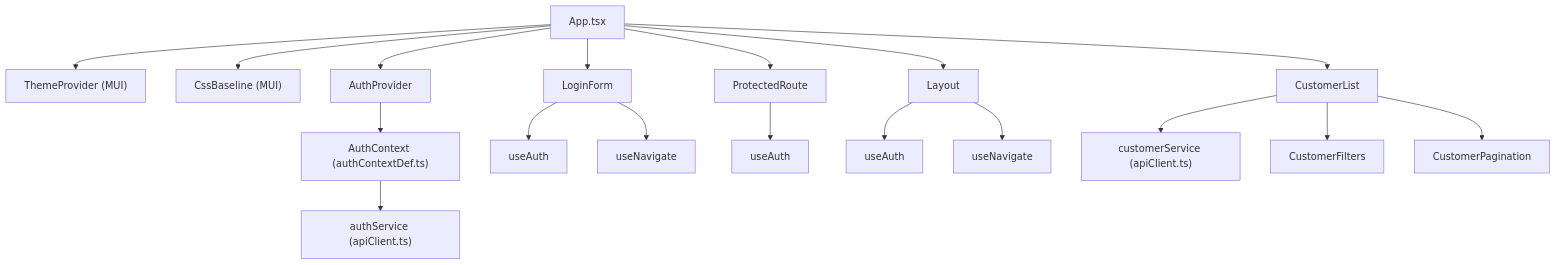
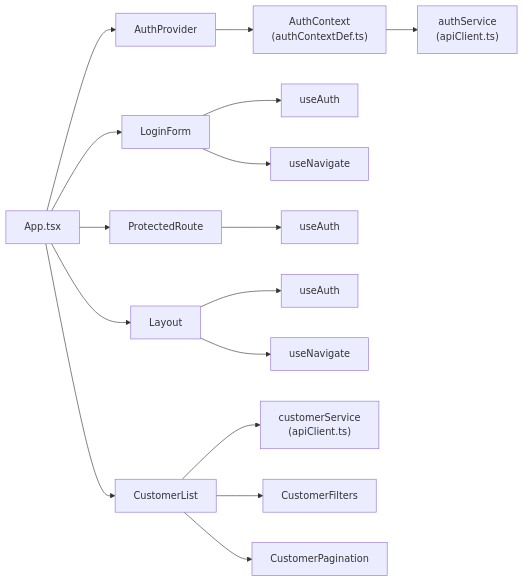
One commit to nyg1971/portfolio-office-management changed diagram 15 of 17 in docs/frontend_detailed_design.md. Above: the diagram before and after it, drawn with Mermaid.

Commit message:
#13 write docs frontend コンポーネント相関図の修正

````diff
--- a/docs/frontend_detailed_design.md
+++ b/docs/frontend_detailed_design.md
@@ -704,24 +704,26 @@
 ```mermaid
-graph TD
-    App["App.tsx"] --> TP["ThemeProvider (MUI)"]
-    App --> CB["CssBaseline (MUI)"]
+graph LR
+
+    App["App.tsx"]
+
     App --> AP["AuthProvider"]
-    AP --> AC["AuthContext (authContextDef.ts)"]
-    AC --> AS["authService (apiClient.ts)"]
+    App --> LF["LoginForm"]
+    App --> PR["ProtectedRoute"]
+    App --> LO["Layout"]
+    App --> CL["CustomerList"]
 
-    App --> LF["LoginForm"]
+    AP --> AC["AuthContext\n(authContextDef.ts)"]
+    AC --> AS["authService\n(apiClient.ts)"]
+
     LF --> UA1["useAuth"]
     LF --> UN1["useNavigate"]
 
-    App --> PR["ProtectedRoute"]
     PR --> UA2["useAuth"]
 
-    App --> LO["Layout"]
     LO --> UA3["useAuth"]
     LO --> UN2["useNavigate"]
 
-    App --> CL["CustomerList"]
-    CL --> CS["customerService (apiClient.ts)"]
+    CL --> CS["customerService\n(apiClient.ts)"]
     CL --> CF["CustomerFilters"]
     CL --> CP["CustomerPagination"]
 ```
````
